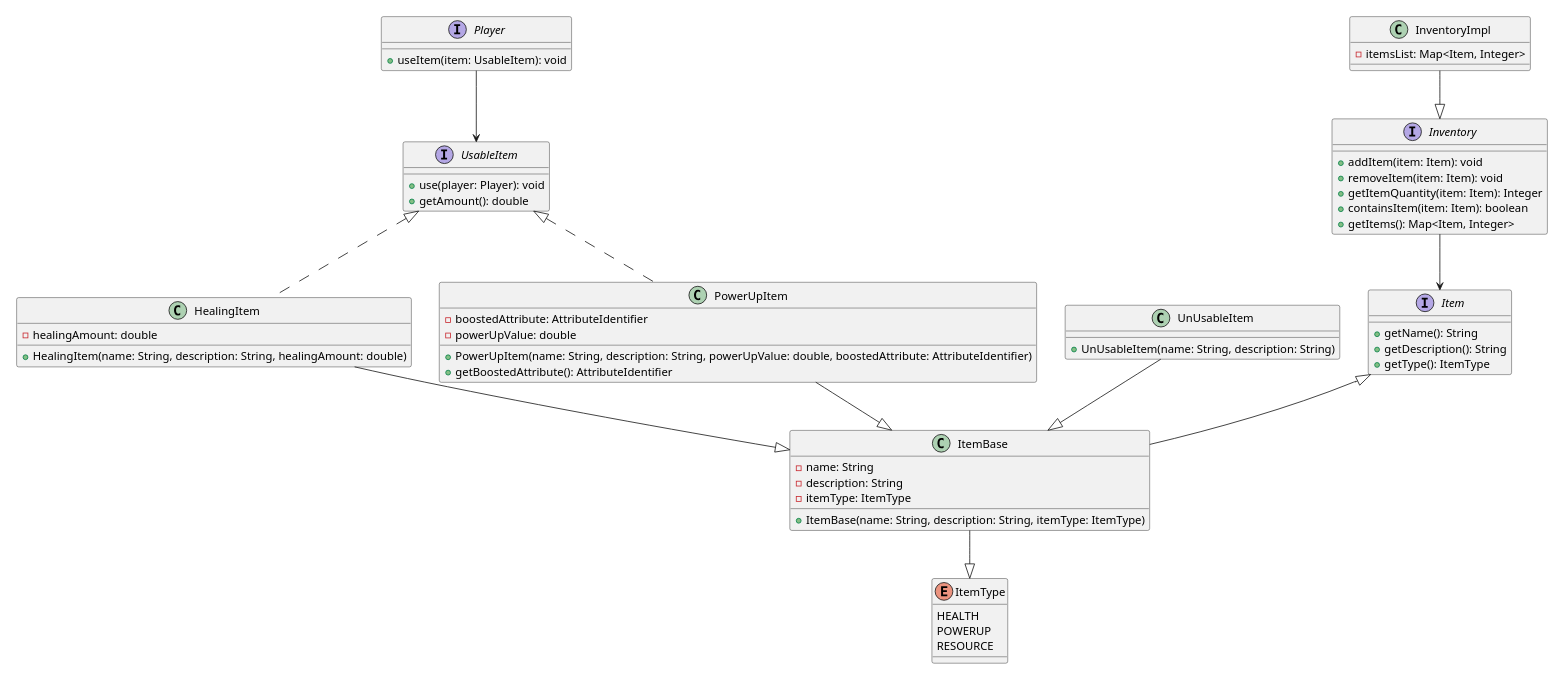
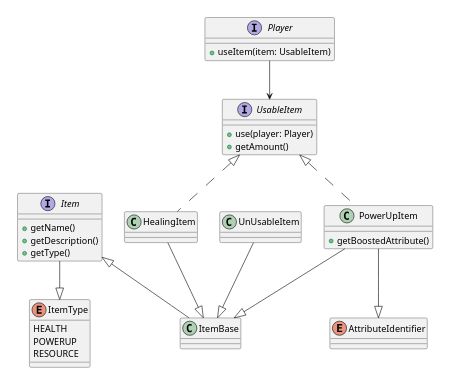
One commit to unibo-oop-projects/OOP23-Baldoni-Beylax-Casadei-MarcoMagnani03-Pazzaglia-exiled changed the diagram in docs/item-uml/the-exiled-item-uml.puml. Above: the diagram before and after it, drawn with PlantUML. The commit also changed 5 other files, not shown here.

```diff
--- a/docs/item-uml/the-exiled-item-uml.puml
+++ b/docs/item-uml/the-exiled-item-uml.puml
@@ -1,73 +1,52 @@
 @startuml
-scale 0.5
+scale 0.4
 interface Item {
-    +getName(): String
-    +getDescription(): String
-    +getType(): ItemType
+    +getName()
+    +getDescription()
+    +getType()
 }
 
 enum ItemType {
     HEALTH
     POWERUP
     RESOURCE
 }
 
 class ItemBase {
-    -name: String
-    -description: String
-    -itemType: ItemType
-    +ItemBase(name: String, description: String, itemType: ItemType)
 }
 
 class HealingItem {
-    -healingAmount: double
-    +HealingItem(name: String, description: String, healingAmount: double)
 }
 
 interface UsableItem {
-    +use(player: Player): void
-    +getAmount(): double
+    +use(player: Player)
+    +getAmount()
 }
 
 class PowerUpItem {
-    -boostedAttribute: AttributeIdentifier
-    -powerUpValue: double
-    +PowerUpItem(name: String, description: String, powerUpValue: double, boostedAttribute: AttributeIdentifier)
-    +getBoostedAttribute(): AttributeIdentifier
+    +getBoostedAttribute()
 }
 
 interface Player {
-    +useItem(item: UsableItem): void
+    +useItem(item: UsableItem)
 }
 
 class UnUsableItem {
-    +UnUsableItem(name: String, description: String)
 }
 
-interface Inventory {
-    +addItem(item: Item): void
-    +removeItem(item: Item): void
-    +getItemQuantity(item: Item): Integer
-    +containsItem(item: Item): boolean
-    +getItems(): Map<Item, Integer>
-}
-
-class InventoryImpl {
-    -itemsList: Map<Item, Integer>
+enum AttributeIdentifier{
 }
 
 Item <|-- ItemBase
-ItemBase --|> ItemType
+Item--|> ItemType
 
 HealingItem --|> ItemBase
 PowerUpItem --|> ItemBase
+PowerUpItem --|> AttributeIdentifier
 UnUsableItem --|> ItemBase
-
-Inventory --> Item
-InventoryImpl --|> Inventory
 
 UsableItem <|.. HealingItem
 UsableItem <|.. PowerUpItem
 
 Player --> UsableItem
 @enduml
```
